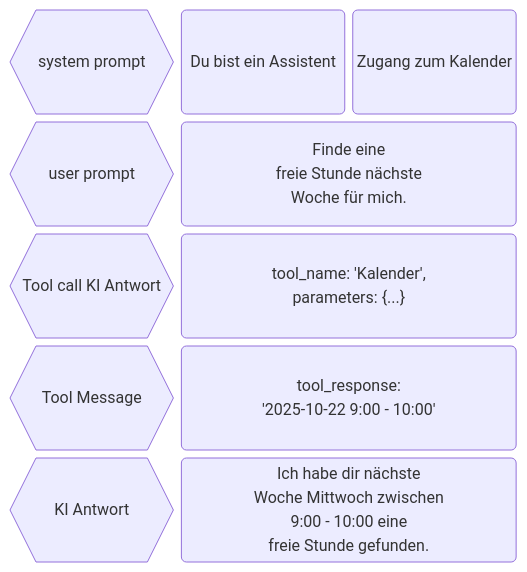
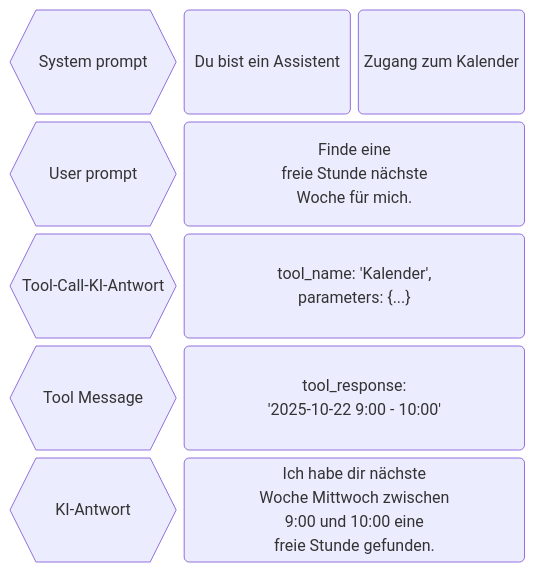
The seventh of 10 diagrams in slides.md (FausztBenedek/fcb-presentation-ki-workflow), drawn with Mermaid before and after one commit. The commit also changed other lines of this file, not shown here.

````diff
--- a/slides.md
+++ b/slides.md
@@ -633,20 +623,20 @@
 ```mermaid
 block
   columns 3
-  label_system_prompt{{"system prompt"}}
+  label_system_prompt{{"System prompt"}}
 
   system_prompt("Du bist ein Assistent")
   tools("Zugang zum Kalender")
 
-  label_user_prompt{{"user prompt"}}
+  label_user_prompt{{"User prompt"}}
   user_prompt("Finde eine\nfreie Stunde nächste\nWoche für mich."):2
 
-  label_tool_call_request{{"Tool call KI Antwort"}}
+  label_tool_call_request{{"Tool-Call-KI-Antwort"}}
   tool_call_request("tool_name: 'Kalender',\nparameters: {...}"):2
 
   label_tool_response{{"Tool Message"}}
   tool_response("tool_response: \n'2025-10-22 9:00 - 10:00'"):2
 
-  label_ki_response{{"KI Antwort"}}
-  ki_response("Ich habe dir nächste\nWoche Mittwoch zwischen\n9:00 - 10:00 eine\nfreie Stunde gefunden."):2
+  label_ki_response{{"KI-Antwort"}}
+  ki_response("Ich habe dir nächste\nWoche Mittwoch zwischen\n9:00 und 10:00 eine\nfreie Stunde gefunden."):2
 ```
````
